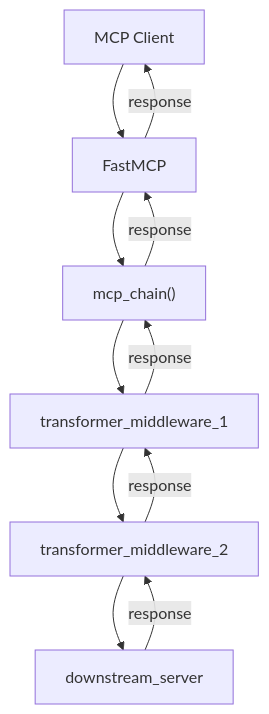
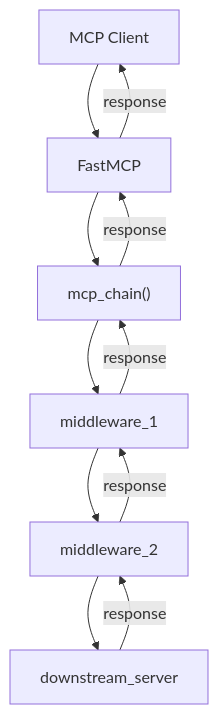
One commit to ruliana/mcp-chain changed the diagram in README.md. Above: the diagram before and after it, drawn with Mermaid. The commit also changed other lines of this file, not shown here.

````diff
--- a/README.md
+++ b/README.md
@@ -491,13 +149,13 @@
 ```mermaid
 graph TD
   A["MCP Client"] --> B["FastMCP"]
   B --> C["mcp_chain()"]
-  C --> D1["transformer_middleware_1"]
-  D1 --> D2["transformer_middleware_2"]
+  C --> D1["middleware_1"]
+  D1 --> D2["middleware_2"]
   D2 --> E["downstream_server"]
   E -- "response" --> D2
   D2 -- "response" --> D1
   D1 -- "response" --> C
   C -- "response" --> B
   B -- "response" --> A
 ```
````
